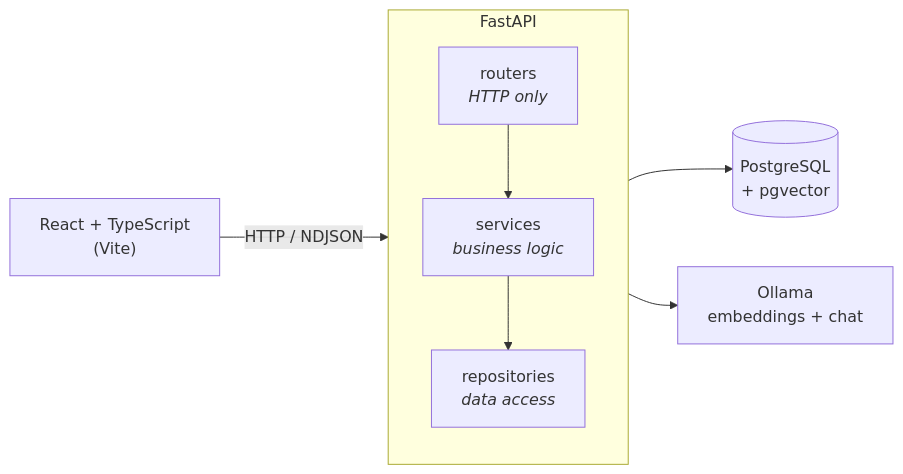
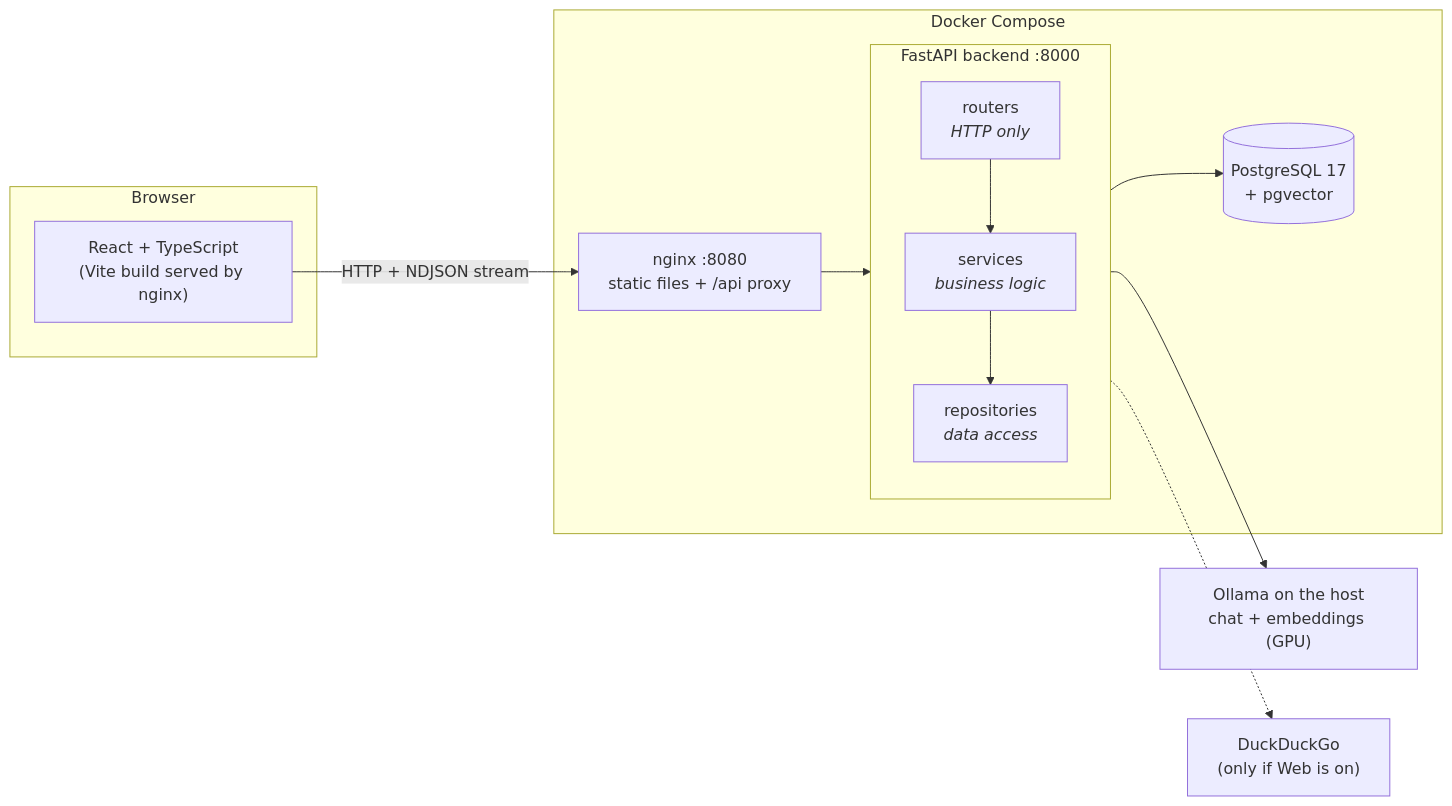
One commit to JakubRzadzki/Local-RAG-System changed the first of 6 diagrams in README.md. Above: the diagram before and after it, drawn with Mermaid. The commit also changed other lines of this file, not shown here.

Commit message:
docs: rewrite README with stack, diagrams, Docker setup, web search, hardware and results

````diff
--- a/README.md
+++ b/README.md
@@ -43,12 +64,23 @@
 ```mermaid
 flowchart LR
-    UI["React + TypeScript<br/>(Vite)"] -- "HTTP / NDJSON" --> API
-
-    subgraph API ["FastAPI"]
-        direction TB
-        R["routers<br/><i>HTTP only</i>"] --> S["services<br/><i>business logic</i>"] --> D["repositories<br/><i>data access</i>"]
+    subgraph Browser
+        UI["React + TypeScript<br/>(Vite build served by nginx)"]
     end
 
-    D --> PG[("PostgreSQL<br/>+ pgvector")]
-    D --> OL["Ollama<br/>embeddings + chat"]
+    subgraph Docker["Docker Compose"]
+        NG["nginx :8080<br/>static files + /api proxy"]
+        subgraph API["FastAPI backend :8000"]
+            direction TB
+            R["routers<br/><i>HTTP only</i>"] --> S["services<br/><i>business logic</i>"] --> D["repositories<br/><i>data access</i>"]
+        end
+        PG[("PostgreSQL 17<br/>+ pgvector")]
+    end
+
+    OL["Ollama on the host<br/>chat + embeddings (GPU)"]
+    WEB["DuckDuckGo<br/>(only if Web is on)"]
+
+    UI -- "HTTP + NDJSON stream" --> NG --> R
+    D --> PG
+    D --> OL
+    D -.-> WEB
 ```
````
